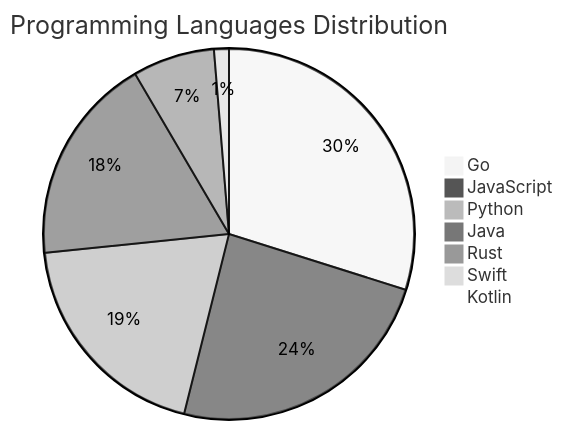
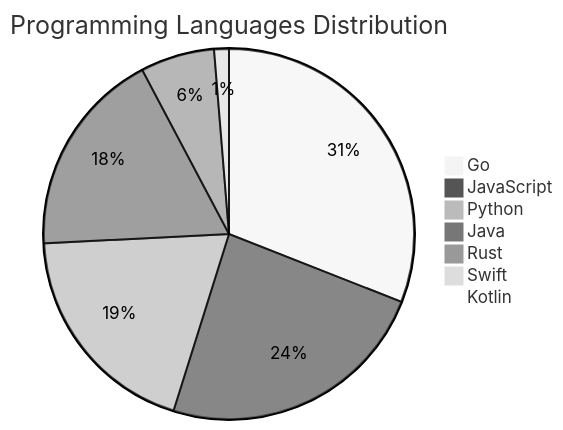
Before and after one commit to Derrick-MUGISHA/github-activity-bot: the diagram in README.md, drawn with Mermaid (neutral theme). The commit also changed other lines of this file and 4 other files, not shown here.

````diff
--- a/README.md
+++ b/README.md
@@ -209,10 +213,10 @@
 ```mermaid
 pie title Programming Languages Distribution
-    "Go" : 46
+    "Go" : 48
     "JavaScript" : 37
     "Python" : 30
     "Java" : 28
-    "Rust" : 11
+    "Rust" : 10
     "Swift" : 2
     "Kotlin" : 1
 ```
````
